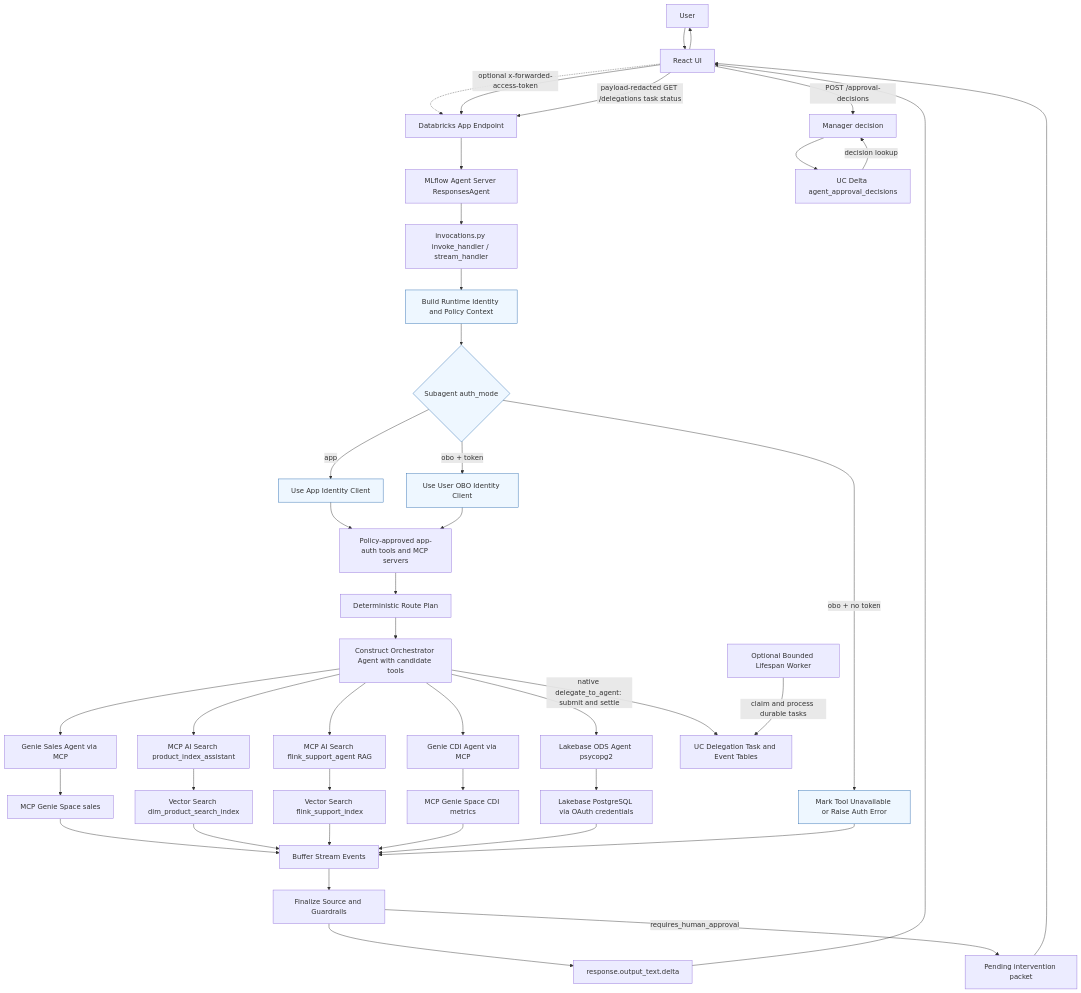
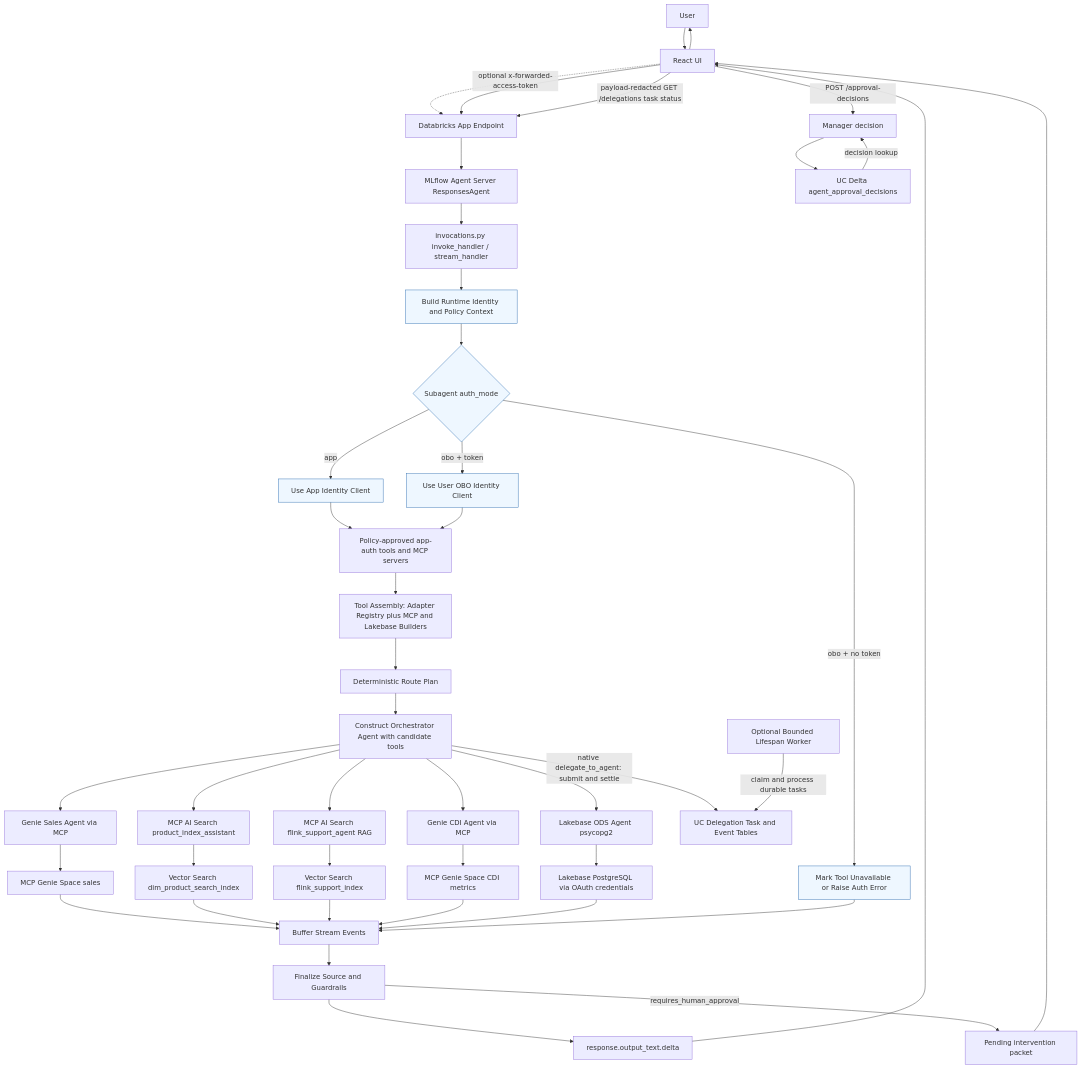
Before and after one commit to wchen-dea/Governed-Multi-Agent-Intelligence-on-Databricks: the second of 2 diagrams in docs/architecture/high-level-architecture.md, drawn with Mermaid. The commit also changed 12 other files, not shown here.

````diff
--- a/docs/architecture/high-level-architecture.md
+++ b/docs/architecture/high-level-architecture.md
@@ -157,51 +157,52 @@
 ```mermaid
 flowchart TD
     U[User]
     U --> UI[React UI]
     UI -.optional x-forwarded-access-token.-> APP
     UI --> APP[Databricks App Endpoint]
     APP --> S[MLflow Agent Server ResponsesAgent]
     S --> H[invocations.py invoke_handler / stream_handler]
     H --> C[Build Runtime Identity and Policy Context]
     C --> D{Subagent auth_mode}
     D -->|app| AID[Use App Identity Client]
     D -->|obo + token| OID[Use User OBO Identity Client]
     D -->|obo + no token| ERR[Mark Tool Unavailable or Raise Auth Error]
     AID --> AVAIL[Policy-approved app-auth tools and MCP servers]
     OID --> AVAIL
-    AVAIL --> PLAN[Deterministic Route Plan]
+    AVAIL --> ASM[Tool Assembly: Adapter Registry plus MCP and Lakebase Builders]
+    ASM --> PLAN[Deterministic Route Plan]
     PLAN --> O[Construct Orchestrator Agent with candidate tools]
     O --> G[Genie Sales Agent via MCP]
     O --> K[MCP AI Search product_index_assistant]
     O --> F[MCP AI Search flink_support_agent RAG]
     O --> CDI[Genie CDI Agent via MCP]
     O --> LB[Lakebase ODS Agent psycopg2]
     O -->|native delegate_to_agent: submit and settle| DT[UC Delegation Task and Event Tables]
     W[Optional Bounded Lifespan Worker] -->|claim and process durable tasks| DT
 
     G --> M[MCP Genie Space sales]
     K --> R1[Vector Search dim_product_search_index]
     F --> R3[Vector Search flink_support_index]
     CDI --> M2[MCP Genie Space CDI metrics]
     LB --> PG[Lakebase PostgreSQL via OAuth credentials]
 
     M --> BUF[Buffer Stream Events]
     R1 --> BUF
     R3 --> BUF
     M2 --> BUF
     PG --> BUF
     ERR --> BUF
     BUF --> R[Finalize Source and Guardrails]
     R --> DELTA[response.output_text.delta]
     DELTA --> UI
     R -->|requires_human_approval| PACKET[Pending intervention packet]
     PACKET --> UI
     UI -->|POST /approval-decisions| DECIDE[Manager decision]
     DECIDE --> APPROVALS[UC Delta agent_approval_decisions]
     APPROVALS -->|decision lookup| DECIDE
     UI -->|payload-redacted GET /delegations task status| APP
     UI --> U
 
     classDef auth fill:#eef7ff,stroke:#2b6cb0,stroke-width:1px;
     class C,D,AID,OID,ERR auth;
 ```
````
